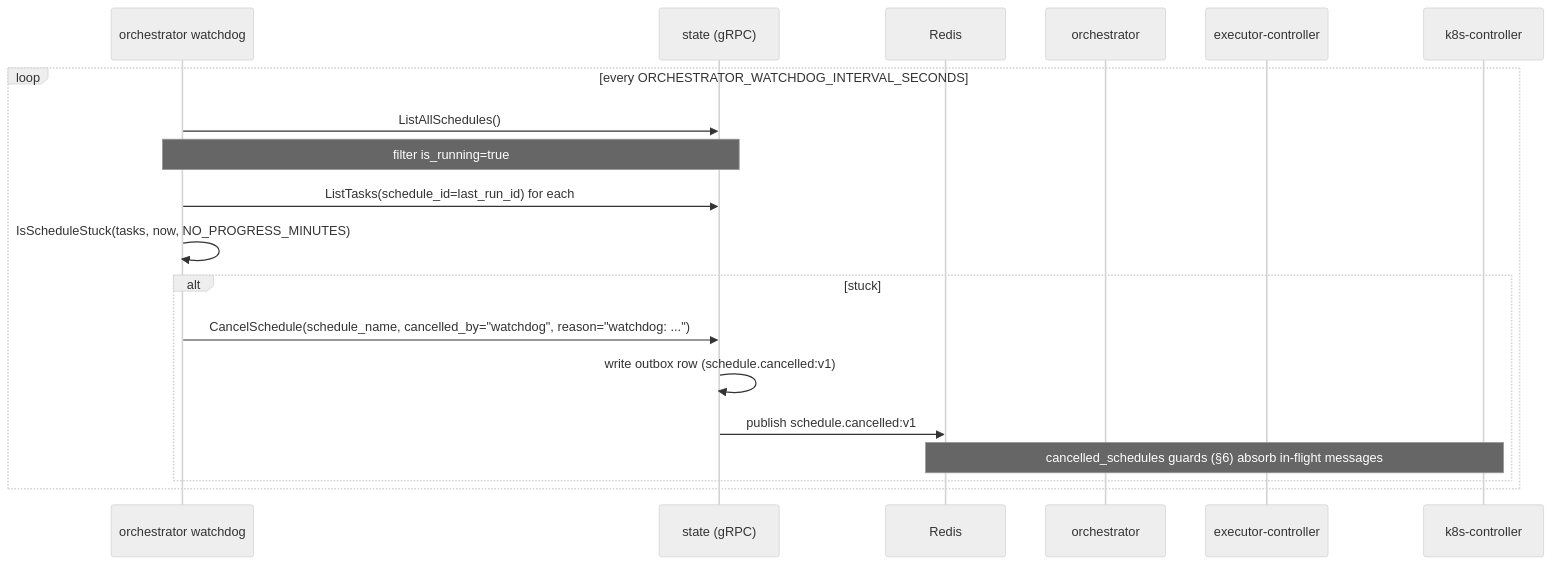
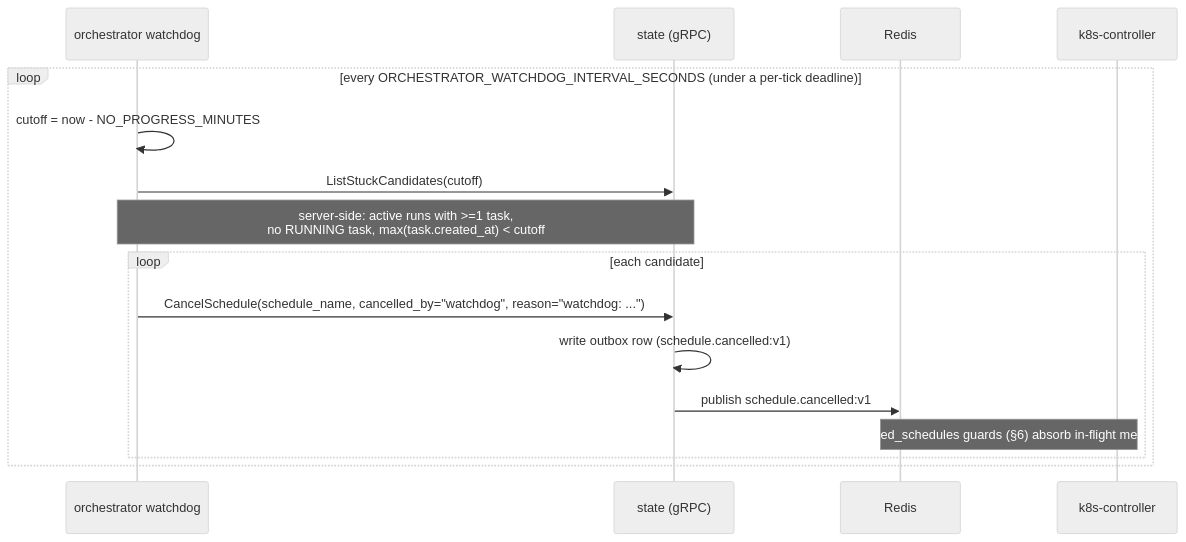
Before and after one commit to carolsimone/continuo: the eighth of 11 diagrams in docs/arch/03-sequence-flows.md, drawn with Mermaid (neutral theme). The commit also changed other lines of this file and 23 other files, not shown here.

First line of the commit message:
fix(state,orchestrator): active-run unique index (#128) + watchdog stuck-candidate RPC (#134) (#152)

````diff
--- a/docs/arch/03-sequence-flows.md
+++ b/docs/arch/03-sequence-flows.md
@@ -260,22 +262,19 @@
 ```mermaid
 sequenceDiagram
   participant W as orchestrator watchdog
   participant ST as state (gRPC)
   participant R as Redis
-  participant OR as orchestrator
-  participant EC as executor-controller
   participant KC as k8s-controller
 
-  loop every ORCHESTRATOR_WATCHDOG_INTERVAL_SECONDS
-    W->>ST: ListAllSchedules()
-    Note over W,ST: filter is_running=true
-    W->>ST: ListTasks(schedule_id=last_run_id) for each
-    W->>W: IsScheduleStuck(tasks, now, NO_PROGRESS_MINUTES)
-    alt stuck
+  loop every ORCHESTRATOR_WATCHDOG_INTERVAL_SECONDS (under a per-tick deadline)
+    W->>W: cutoff = now - NO_PROGRESS_MINUTES
+    W->>ST: ListStuckCandidates(cutoff)
+    Note over W,ST: server-side: active runs with >=1 task,<br/>no RUNNING task, max(task.created_at) < cutoff
+    loop each candidate
       W->>ST: CancelSchedule(schedule_name, cancelled_by="watchdog", reason="watchdog: ...")
       ST->>ST: write outbox row (schedule.cancelled:v1)
       ST->>R: publish schedule.cancelled:v1
       Note over R,KC: cancelled_schedules guards (§6) absorb in-flight messages
     end
   end
 ```
````
